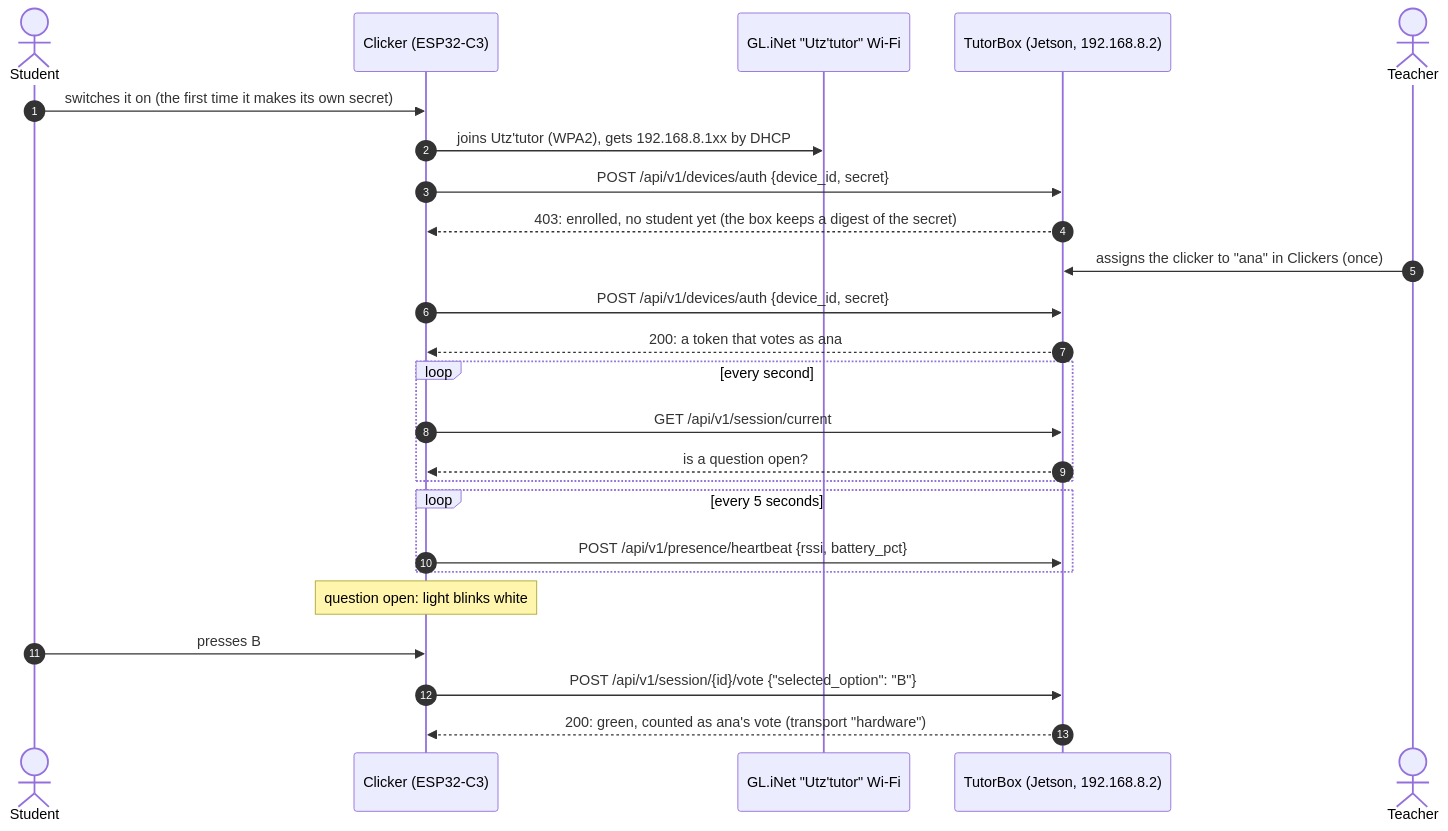
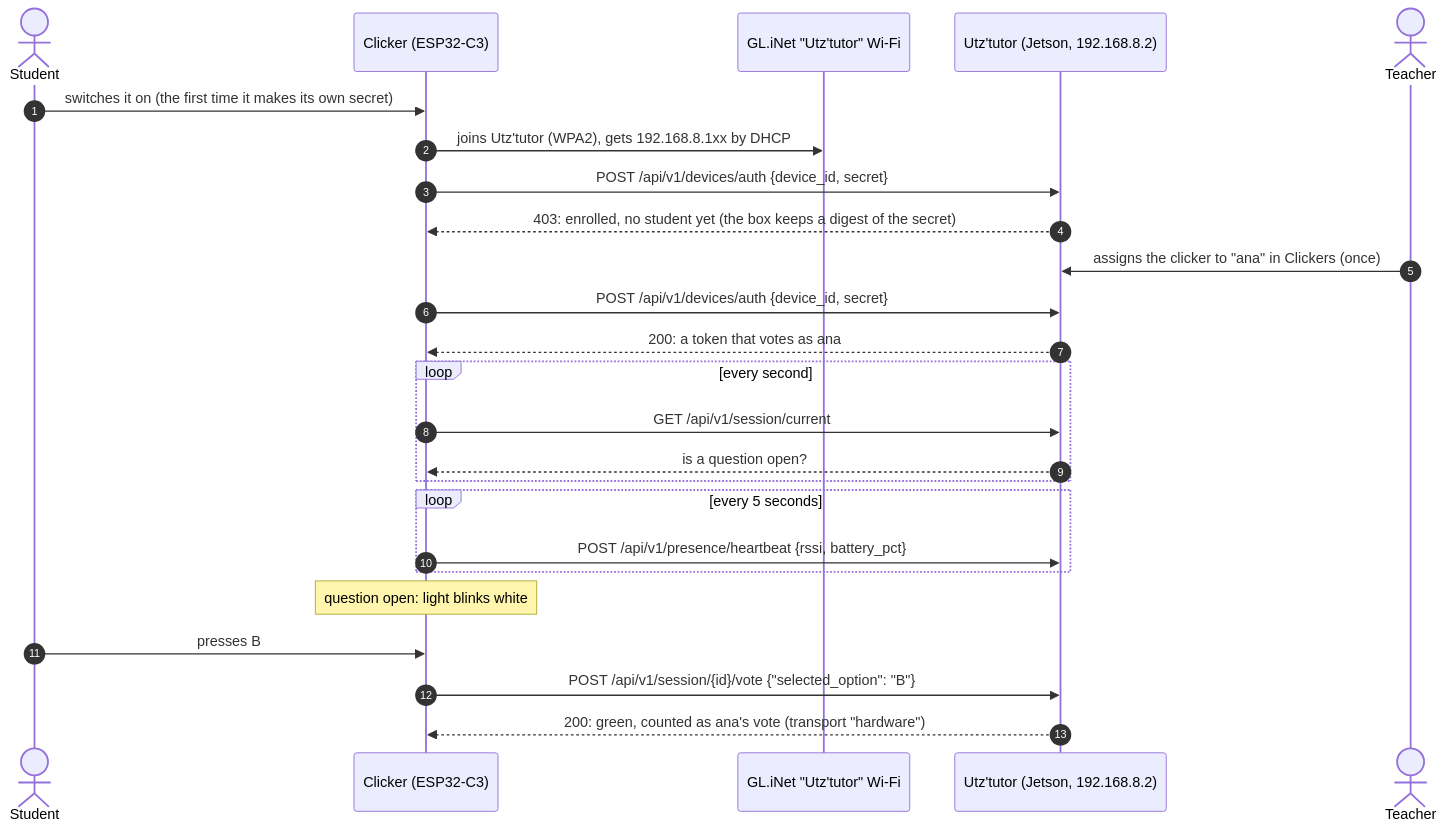
One commit to GabGP/TutorBox changed the first of 2 diagrams in firmware/clicker/README.md. Above: the diagram before and after it, drawn with Mermaid. The commit also changed other lines of this file and 17 other files, not shown here.

Commit message:
refactor(firmware): rename TutorBox to Utz'tutor in the clicker messages and settings

````diff
--- a/firmware/clicker/README.md
+++ b/firmware/clicker/README.md
@@ -35,28 +35,28 @@
 ```mermaid
 sequenceDiagram
     autonumber
     actor Kid as Student
     participant C as Clicker (ESP32-C3)
     participant R as GL.iNet "Utz'tutor" Wi-Fi
-    participant T as TutorBox (Jetson, 192.168.8.2)
+    participant T as Utz'tutor (Jetson, 192.168.8.2)
     actor Teacher
 
     Kid->>C: switches it on (the first time it makes its own secret)
     C->>R: joins Utz'tutor (WPA2), gets 192.168.8.1xx by DHCP
     C->>T: POST /api/v1/devices/auth {device_id, secret}
     T-->>C: 403: enrolled, no student yet (the box keeps a digest of the secret)
     Teacher->>T: assigns the clicker to "ana" in Clickers (once)
     C->>T: POST /api/v1/devices/auth {device_id, secret}
     T-->>C: 200: a token that votes as ana
     loop every second
         C->>T: GET /api/v1/session/current
         T-->>C: is a question open?
     end
     loop every 5 seconds
         C->>T: POST /api/v1/presence/heartbeat {rssi, battery_pct}
     end
     Note over C: question open: light blinks white
     Kid->>C: presses B
     C->>T: POST /api/v1/session/{id}/vote {"selected_option": "B"}
     T-->>C: 200: green, counted as ana's vote (transport "hardware")
 ```
````
